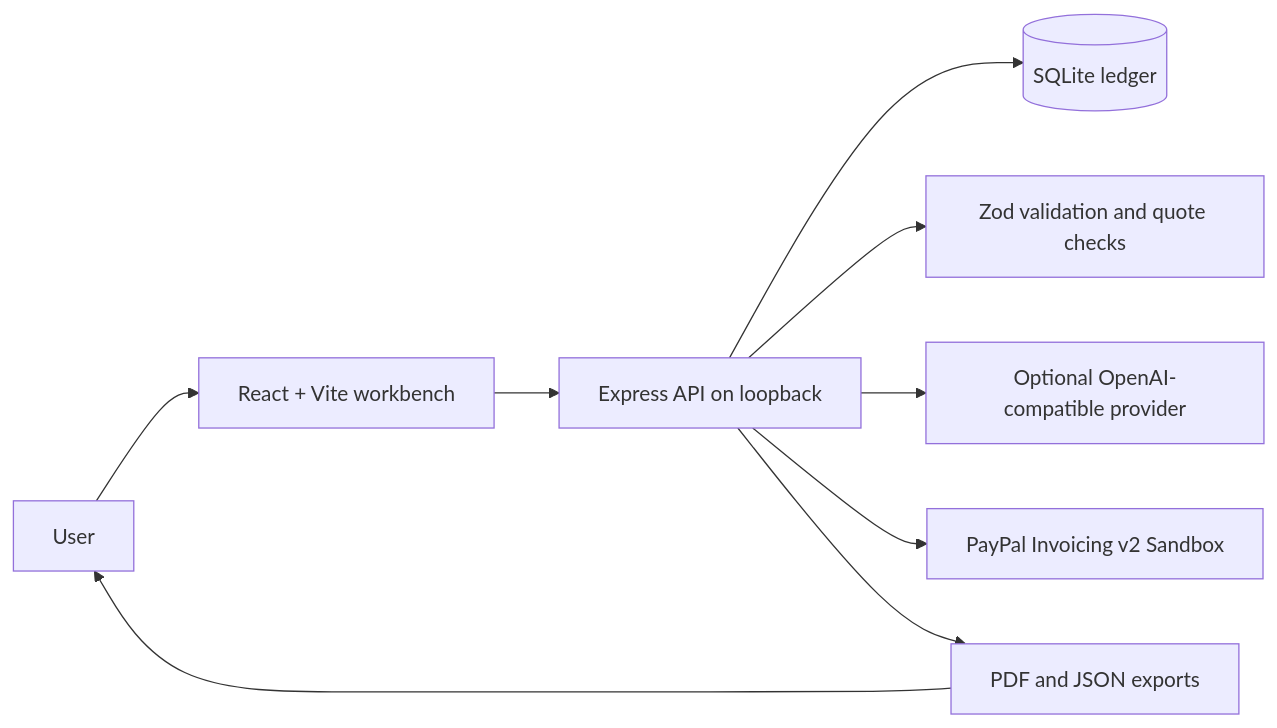
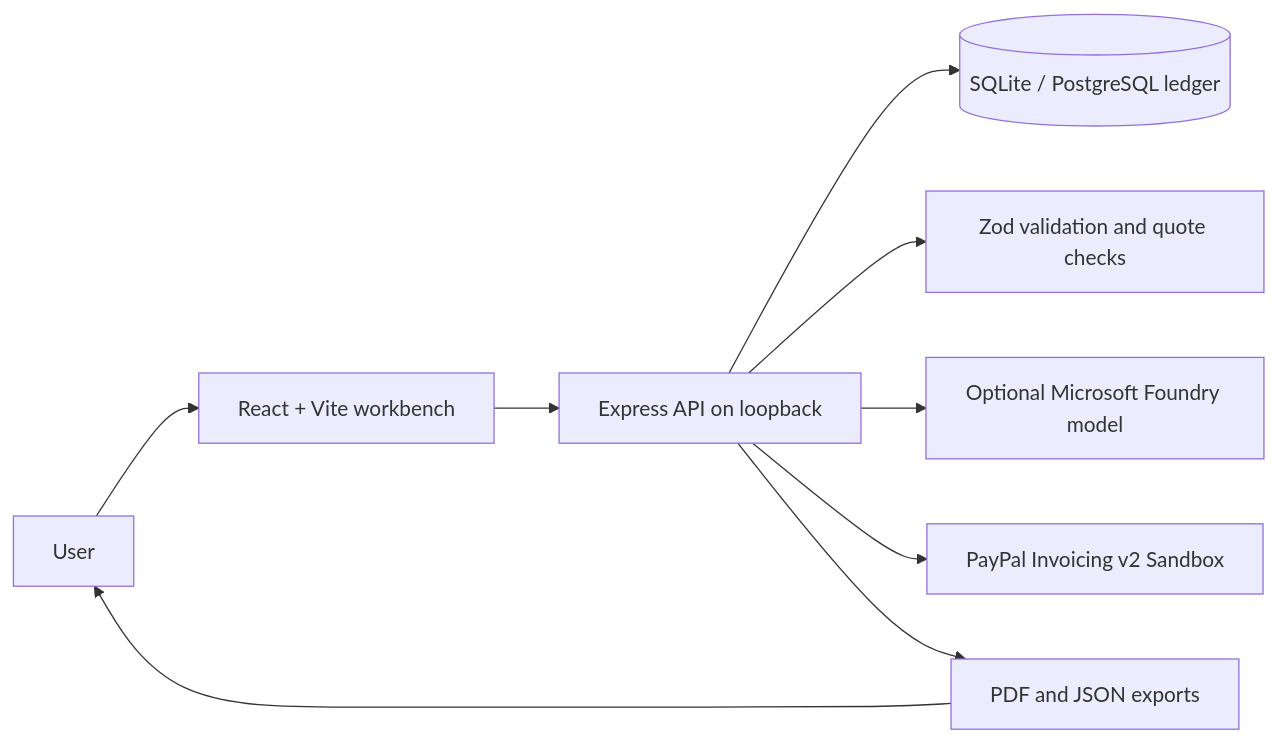
One commit to balajinrrbgm/ClearDues-BN12112026 changed the diagram in docs/ARCHITECTURE.md. Above: the diagram before and after it, drawn with Mermaid. The commit also changed other lines of this file and 25 other files, not shown here.

````diff
--- a/docs/ARCHITECTURE.md
+++ b/docs/ARCHITECTURE.md
@@ -5,11 +5,11 @@
 ```mermaid
 flowchart LR
   U[User] --> UI[React + Vite workbench]
   UI --> API[Express API on loopback]
-  API --> DB[(SQLite ledger)]
+  API --> DB[(SQLite / PostgreSQL ledger)]
   API --> V[Zod validation and quote checks]
-  API --> AI[Optional OpenAI-compatible provider]
+  API --> AI[Optional Microsoft Foundry model]
   API --> PP[PayPal Invoicing v2 Sandbox]
   API --> PDF[PDF and JSON exports]
   PDF --> U
 ```
````
